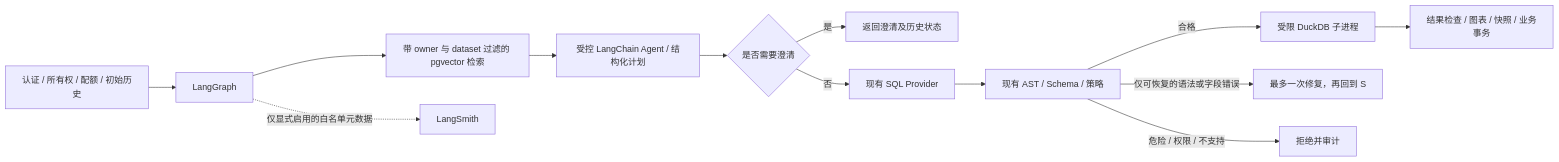
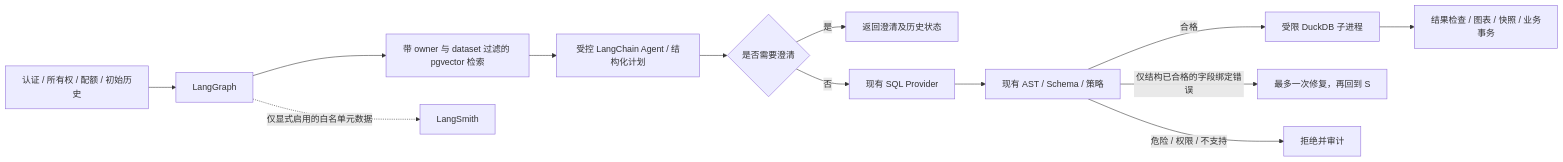
One commit to 8xbAdx8/DataPilot changed the diagram in docs/AI_UPGRADE.md. Above: the diagram before and after it, drawn with Mermaid. The commit also changed other lines of this file and 26 other files, not shown here.

````diff
--- a/docs/AI_UPGRADE.md
+++ b/docs/AI_UPGRADE.md
@@ -15,15 +15,15 @@
 ```mermaid
 flowchart LR
   API[认证 / 所有权 / 配额 / 初始历史] --> G[LangGraph]
   G --> R[带 owner 与 dataset 过滤的 pgvector 检索]
   R --> A[受控 LangChain Agent / 结构化计划]
   A --> Q{是否需要澄清}
   Q -->|是| C[返回澄清及历史状态]
   Q -->|否| P[现有 SQL Provider]
   P --> S[现有 AST / Schema / 策略]
   S -->|合格| D[受限 DuckDB 子进程]
-  S -->|仅可恢复的语法或字段错误| F[最多一次修复，再回到 S]
+  S -->|仅结构已合格的字段绑定错误| F[最多一次修复，再回到 S]
   S -->|危险 / 权限 / 不支持| X[拒绝并审计]
   D --> O[结果检查 / 图表 / 快照 / 业务事务]
   G -.仅显式启用的白名单元数据.-> L[LangSmith]
 ```
````
